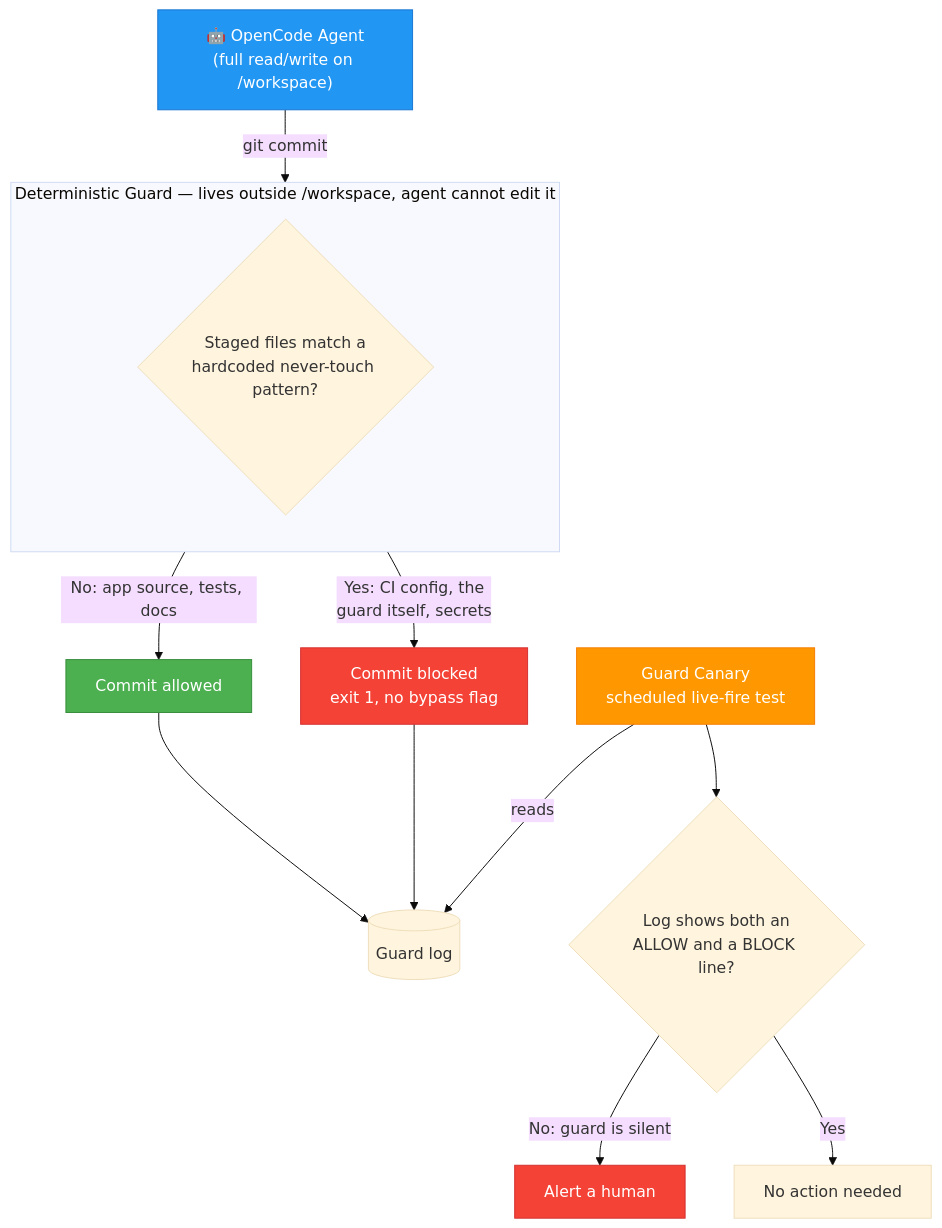
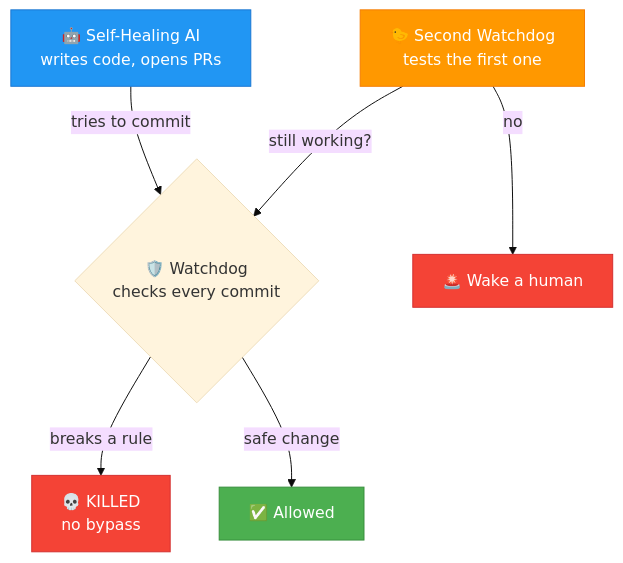
The sixth of 7 diagrams in README.md (bluefermion/feedback), drawn with Mermaid (base theme) before and after one commit. The commit also changed other lines of this file and 2 other files, not shown here.

Commit message:
docs: simplify Innovation #6 to killswitch/watchdog framing
Cut the journey narration (no "we found while building this", no
naming other private projects by name) and drastically shortened the
prose. Reframed around one clear idea: a watchdog AI/mechanism that
can kill a bad commit from a self-healing agent, with a second
watchdog proving the first one still works. Renamed the section "The
Killswitch" and updated the two diagrams, tech-stack row, and
comparison-table row to match.

Claude-Session: https://claude.ai/code/session_01XwVNR2uphyFRvYCcGSt99v

````diff
--- a/README.md
+++ b/README.md
@@ -204,27 +204,21 @@
 ```mermaid
 flowchart TB
-    Agent["🤖 OpenCode Agent<br/>(full read/write on /workspace)"]
+    Agent["🤖 Self-Healing AI<br/>writes code, opens PRs"]
+    Watchdog{"🛡️ Watchdog<br/>checks every commit"}
+    Kill["💀 KILLED<br/>no bypass"]
+    OK["✅ Allowed"]
+    Canary["🐤 Second Watchdog<br/>tests the first one"]
+    Human["🚨 Wake a human"]
 
-    subgraph Boundary["Deterministic Guard — lives outside /workspace, agent cannot edit it"]
-        direction TB
-        Check{"Staged files match a<br/>hardcoded never-touch pattern?"}
-    end
-
-    Agent -->|"git commit"| Check
-    Check -->|"No: app source, tests, docs"| Allow["Commit allowed"]
-    Check -->|"Yes: CI config, the<br/>guard itself, secrets"| Block["Commit blocked<br/>exit 1, no bypass flag"]
-
-    Allow --> Log[("Guard log")]
-    Block --> Log
-
-    Canary["Guard Canary<br/>scheduled live-fire test"] -->|"reads"| Log
-    Canary --> Alert{"Log shows both an<br/>ALLOW and a BLOCK line?"}
-    Alert -->|"No: guard is silent"| PageHuman["Alert a human"]
-    Alert -->|"Yes"| Quiet["No action needed"]
+    Agent -->|"tries to commit"| Watchdog
+    Watchdog -->|"breaks a rule"| Kill
+    Watchdog -->|"safe change"| OK
+    Canary -->|"still working?"| Watchdog
+    Canary -->|"no"| Human
 
     style Agent fill:#2196F3,stroke:#1976D2,color:#fff
-    style Block fill:#f44336,stroke:#d32f2f,color:#fff
-    style Allow fill:#4CAF50,stroke:#388E3C,color:#fff
+    style Kill fill:#f44336,stroke:#d32f2f,color:#fff
+    style OK fill:#4CAF50,stroke:#388E3C,color:#fff
     style Canary fill:#FF9800,stroke:#F57C00,color:#fff
-    style PageHuman fill:#f44336,stroke:#d32f2f,color:#fff
+    style Human fill:#f44336,stroke:#d32f2f,color:#fff
 ```
````
